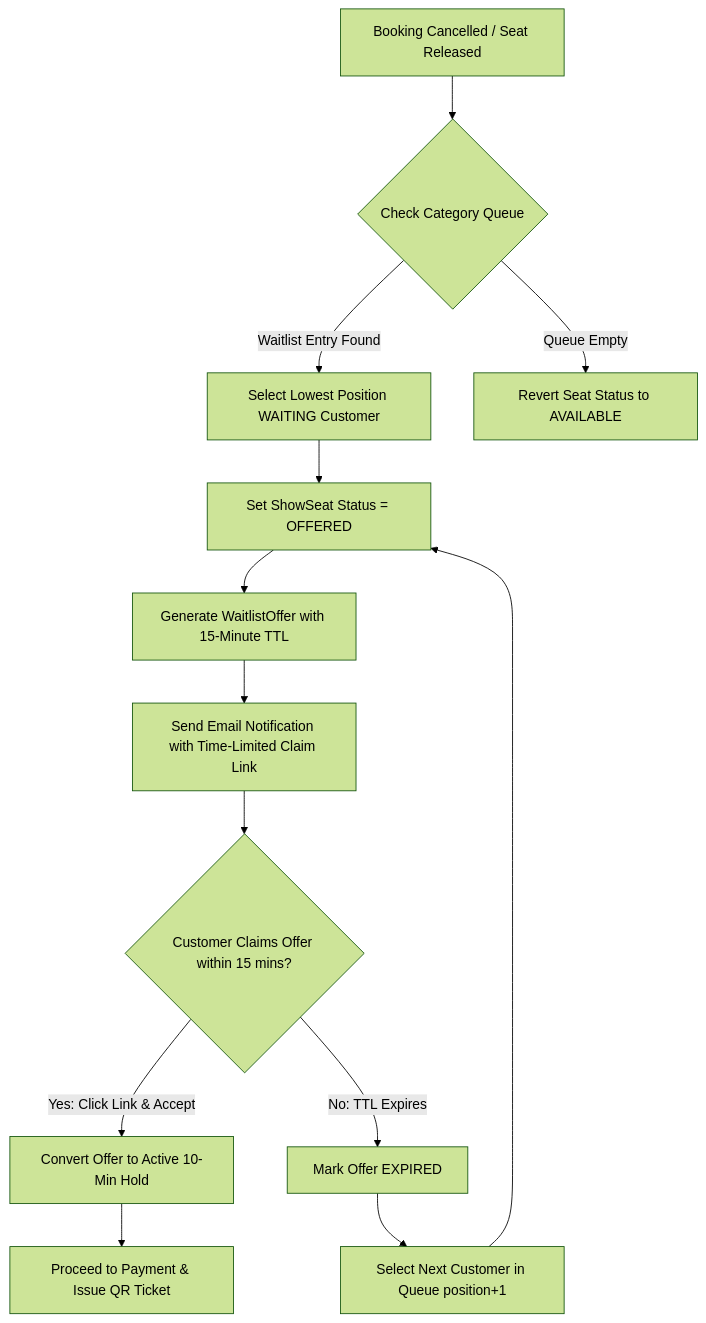
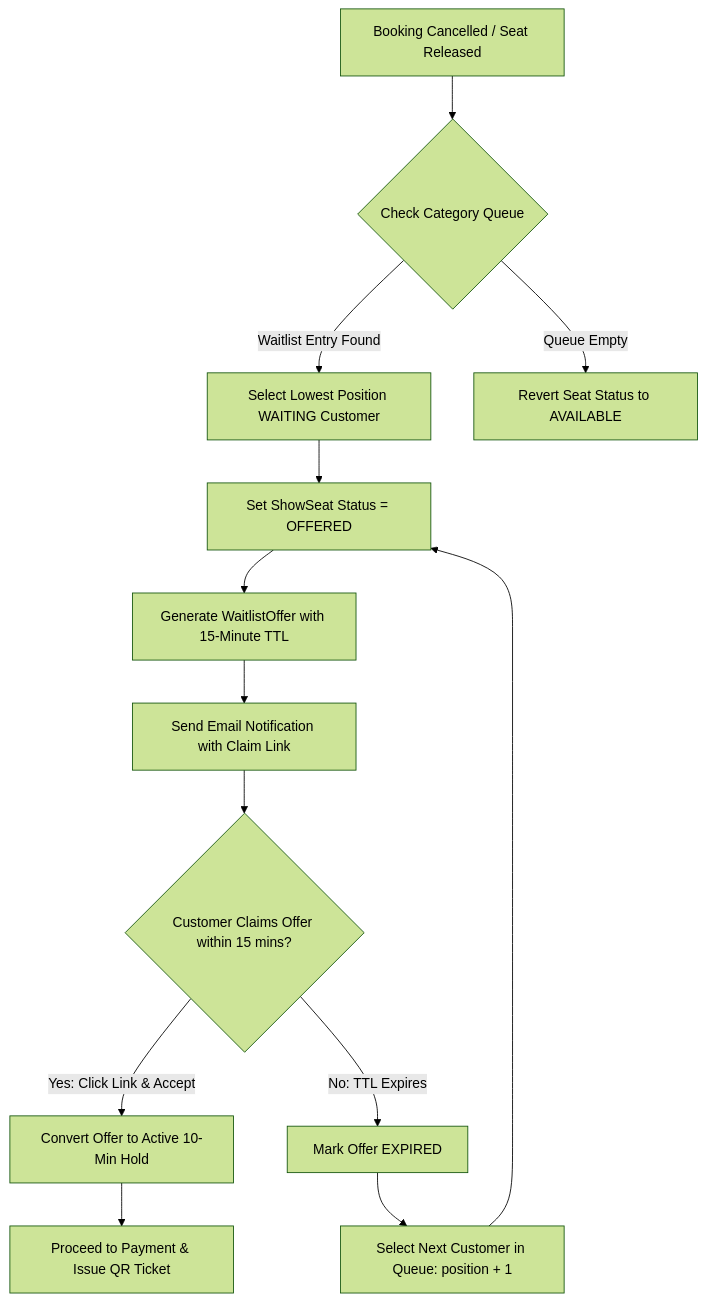
The third of 3 diagrams in README.md (aaryanyaadav/breaking_shows-ticket-booking-system), drawn with Mermaid (forest theme) before and after one commit. The commit also changed other lines of this file and 20 other files, not shown here.

Commit message:
docs: restructure README with comprehensive API docs, DB schema, seat hold and waitlist logic, and visual screenshot tour

````diff
--- a/README.md
+++ b/README.md
@@ -239,18 +180,18 @@
 ```mermaid
 flowchart TD
     A[Booking Cancelled / Seat Released] --> B{Check Category Queue}
     B -->|Waitlist Entry Found| C[Select Lowest Position WAITING Customer]
     B -->|Queue Empty| D[Revert Seat Status to AVAILABLE]
     
     C --> E[Set ShowSeat Status = OFFERED]
     E --> F[Generate WaitlistOffer with 15-Minute TTL]
-    F --> G[Send Email Notification with Time-Limited Claim Link]
+    F --> G[Send Email Notification with Claim Link]
     
     G --> H{Customer Claims Offer within 15 mins?}
     H -->|Yes: Click Link & Accept| I[Convert Offer to Active 10-Min Hold]
     I --> J[Proceed to Payment & Issue QR Ticket]
     
     H -->|No: TTL Expires| K[Mark Offer EXPIRED]
-    K --> L[Select Next Customer in Queue position+1]
+    K --> L[Select Next Customer in Queue: position + 1]
     L --> E
 ```
````
